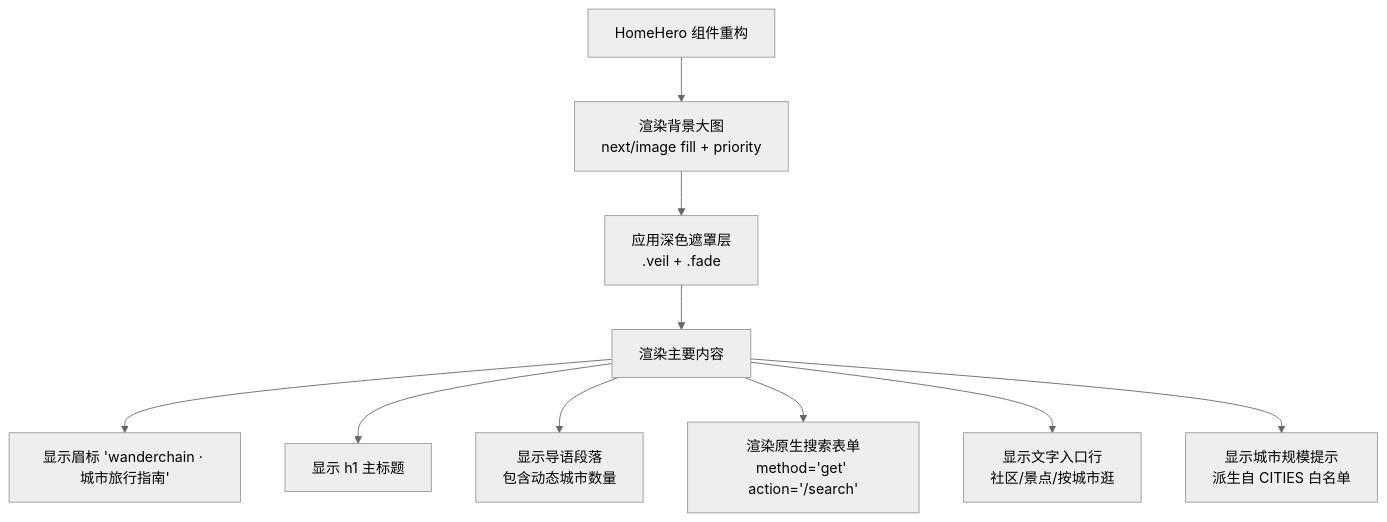
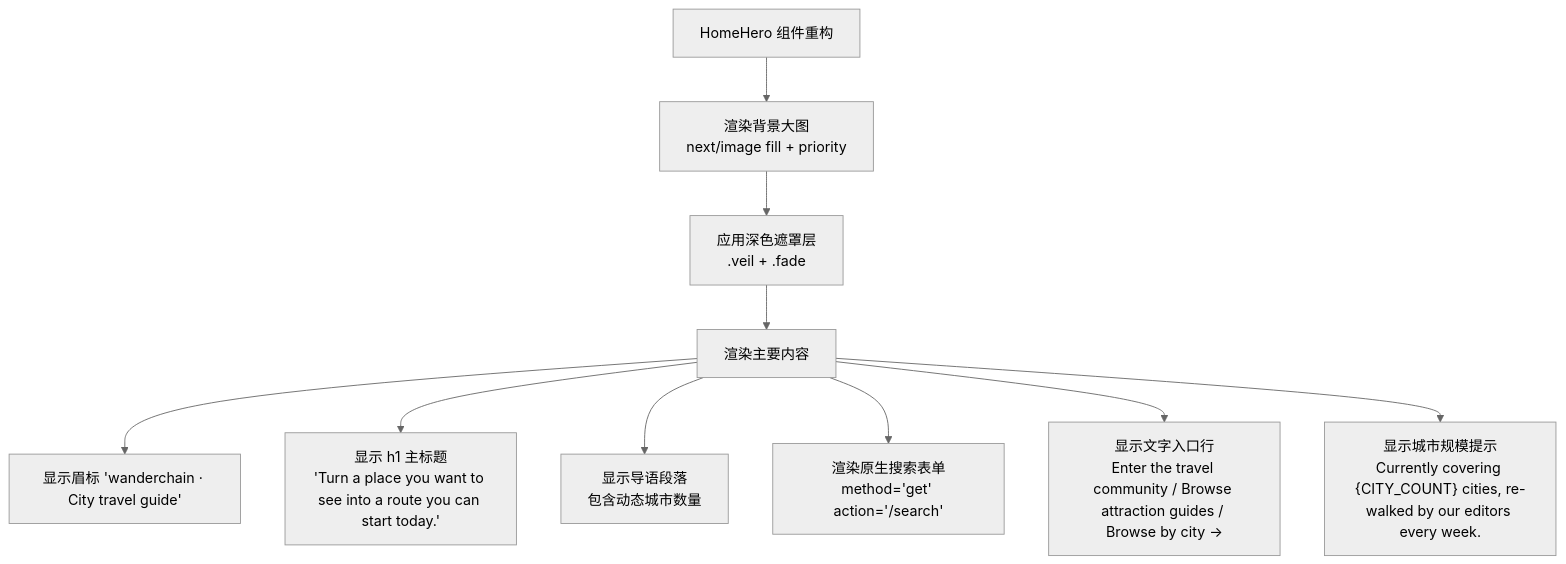
The third of 13 diagrams in .qoder/repowiki/zh/content/规格驱动开发/WanderChain 首页规格文档/WanderChain 首页规格文档.md (luyitiger6/my-first-project), drawn with Mermaid (neutral theme) before and after one commit. The commit also changed other lines of this file and 33 other files, not shown here.

````diff
--- a/.qoder/repowiki/zh/content/规格驱动开发/WanderChain 首页规格文档/WanderChain 首页规格文档.md
+++ b/.qoder/repowiki/zh/content/规格驱动开发/WanderChain 首页规格文档/WanderChain 首页规格文档.md
@@ -212,12 +195,12 @@
 ```mermaid
 flowchart TD
 Start["HomeHero 组件重构"] --> Background["渲染背景大图<br/>next/image fill + priority"]
 Background --> Overlay["应用深色遮罩层<br/>.veil + .fade"]
 Overlay --> Content["渲染主要内容"]
-Content --> Eyebrow["显示眉标 'wanderchain · 城市旅行指南'"]
-Content --> Title["显示 h1 主标题"]
+Content --> Eyebrow["显示眉标 'wanderchain · City travel guide'"]
+Content --> Title["显示 h1 主标题<br/>'Turn a place you want to see into a route you can start today.'"]
 Content --> Lead["显示导语段落<br/>包含动态城市数量"]
 Content --> SearchForm["渲染原生搜索表单<br/>method='get' action='/search'"]
-Content --> Links["显示文字入口行<br/>社区/景点/按城市逛"]
-Content --> Meta["显示城市规模提示<br/>派生自 CITIES 白名单"]
+Content --> Links["显示文字入口行<br/>Enter the travel community / Browse attraction guides / Browse by city →"]
+Content --> Meta["显示城市规模提示<br/>Currently covering {CITY_COUNT} cities, re-walked by our editors every week."]
 ```
````
